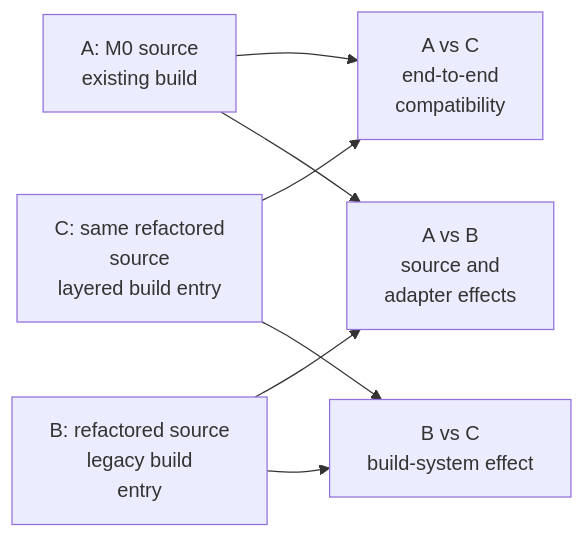
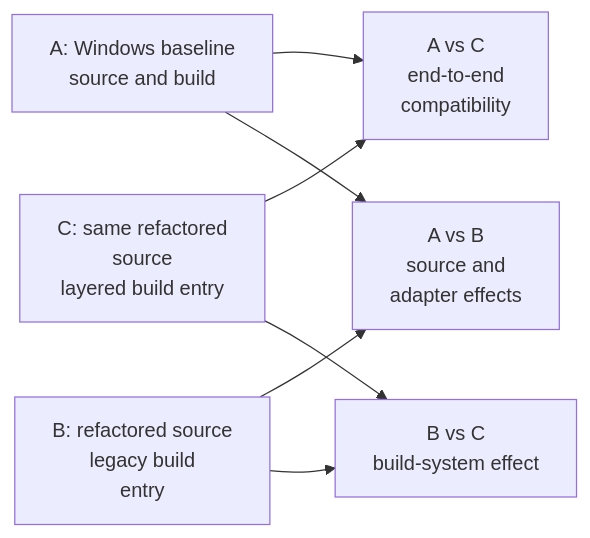
One commit to irregularthanis/ggpo-next changed the fifth of 5 diagrams in doc/planning/2026-11-06-platform_agnostic_core/TECH_PLAN.md. Above: the diagram before and after it, drawn with Mermaid. The commit also changed other lines of this file and 5 other files, not shown here.

Commit message:
docs: name the Windows compatibility baseline

````diff
--- a/doc/planning/2026-11-06-platform_agnostic_core/TECH_PLAN.md
+++ b/doc/planning/2026-11-06-platform_agnostic_core/TECH_PLAN.md
@@ -389,16 +389,16 @@
 ```mermaid
 flowchart LR
-    A["A: M0 source<br/>existing build"]
+    A["A: Windows baseline<br/>source and build"]
     B["B: refactored source<br/>legacy build<br/>entry"]
     C["C: same refactored<br/>source<br/>layered build entry"]
     Total["A vs C<br/>end-to-end<br/>compatibility"]
     Source["A vs B<br/>source and<br/>adapter effects"]
     Build["B vs C<br/>build-system effect"]
 
     A --> Total
     C --> Total
     A --> Source
     B --> Source
     B --> Build
     C --> Build
 ```
````
